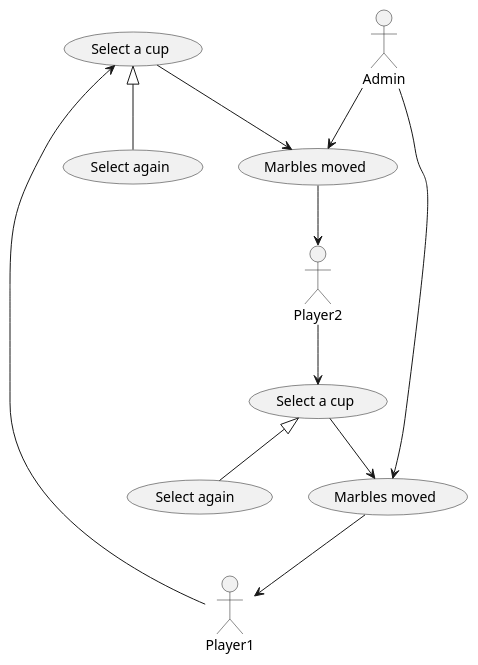
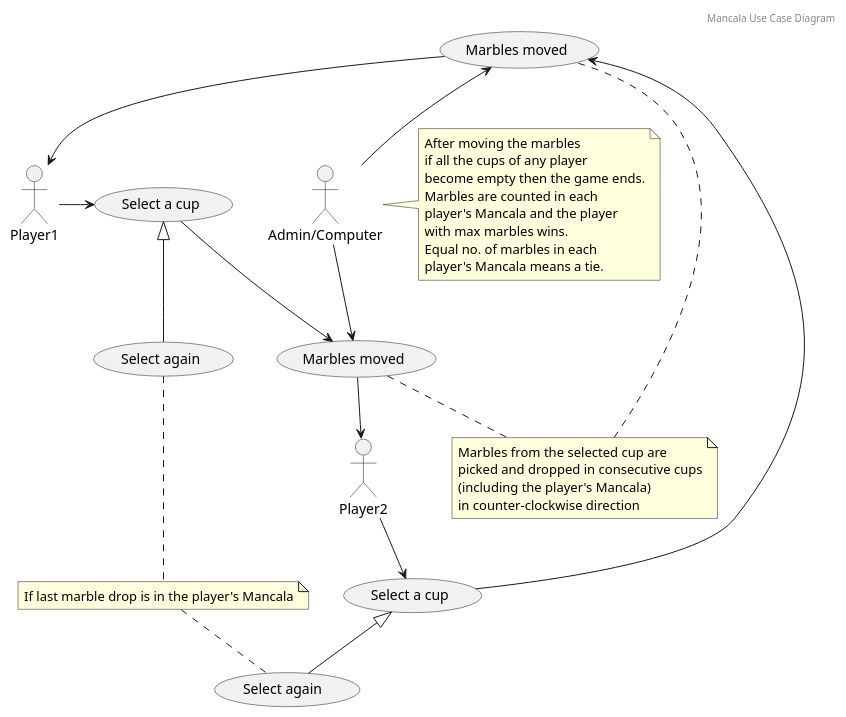
One commit to Buff-Abhi/Mancala-Board-Game changed the diagram in Use Case Diagram.puml. Above: the diagram before and after it, drawn with PlantUML. The commit also changed 1 other file, not shown here.

Commit message:
Updated Use Case Diagram

```diff
--- a/Use Case Diagram.puml
+++ b/Use Case Diagram.puml
@@ -1,30 +1,51 @@
 @startuml
 'https://plantuml.com/use-case-diagram
+header Mancala Use Case Diagram
 
+:Admin/Computer: as Admin
 (Select a cup) as (P1_Select)
 (Select a cup) as (P2_Select)
 (Marbles moved) as (P1_Move)
 (Marbles moved) as (P2_Move)
 
-Player1 --> (P1_Select)
+'Use Case 1 - Player 1 selects a cup that has marbles
+Player1 -right-> (P1_Select)
+'Use Case 2 - Admin moves the marbles
 (P1_Select) --> (P1_Move)
+'Use Case 3 - Player gets another chance
 (P1_Select) <|-- (Select again)
+'Use Case 2 repeated
 Admin --> (P1_Move)
+'Use Case 4 - Switch Player
 (P1_Move) --> Player2
+
+'Use Case 5 - Player 2 selects a cup that has marbles
 Player2 --> (P2_Select)
+'Use Case 2 repeated
 (P2_Select) --> (P2_Move)
+'Use Case 3 repeated
 (P2_Select) <|-- (Select again )
-Admin --> (P2_Move)
+'Use Case 2 repeated
+Admin -up-> (P2_Move)
+'Use Case 4 repeated
 (P2_Move) --> Player1
 
-'note right of Admin : This is an example.
+note right of Admin
+After moving the marbles
+if all the cups of any player
+become empty then the game ends.
+Marbles are counted in each
+player's Mancala and the player
+with max marbles wins.
+Equal no. of marbles in each
+player's Mancala means a tie.
+end note
 
-'note right of (Use)
-'A note can also
-'be on several lines
-'end note
-'
-'note "This note is connected\nto several objects." as N2
-'(Start) .. N2
-'N2 .. (Use)
+note "If last marble drop is in the player's Mancala" as N1
+(Select again) .. N1
+N1 .. (Select again )
+
+note "Marbles from the selected cup are\npicked and dropped in consecutive cups\n(including the player's Mancala)\nin counter-clockwise direction" as N2
+(P1_Move) .. N2
+N2 .. (P2_Move)
 @enduml
```
